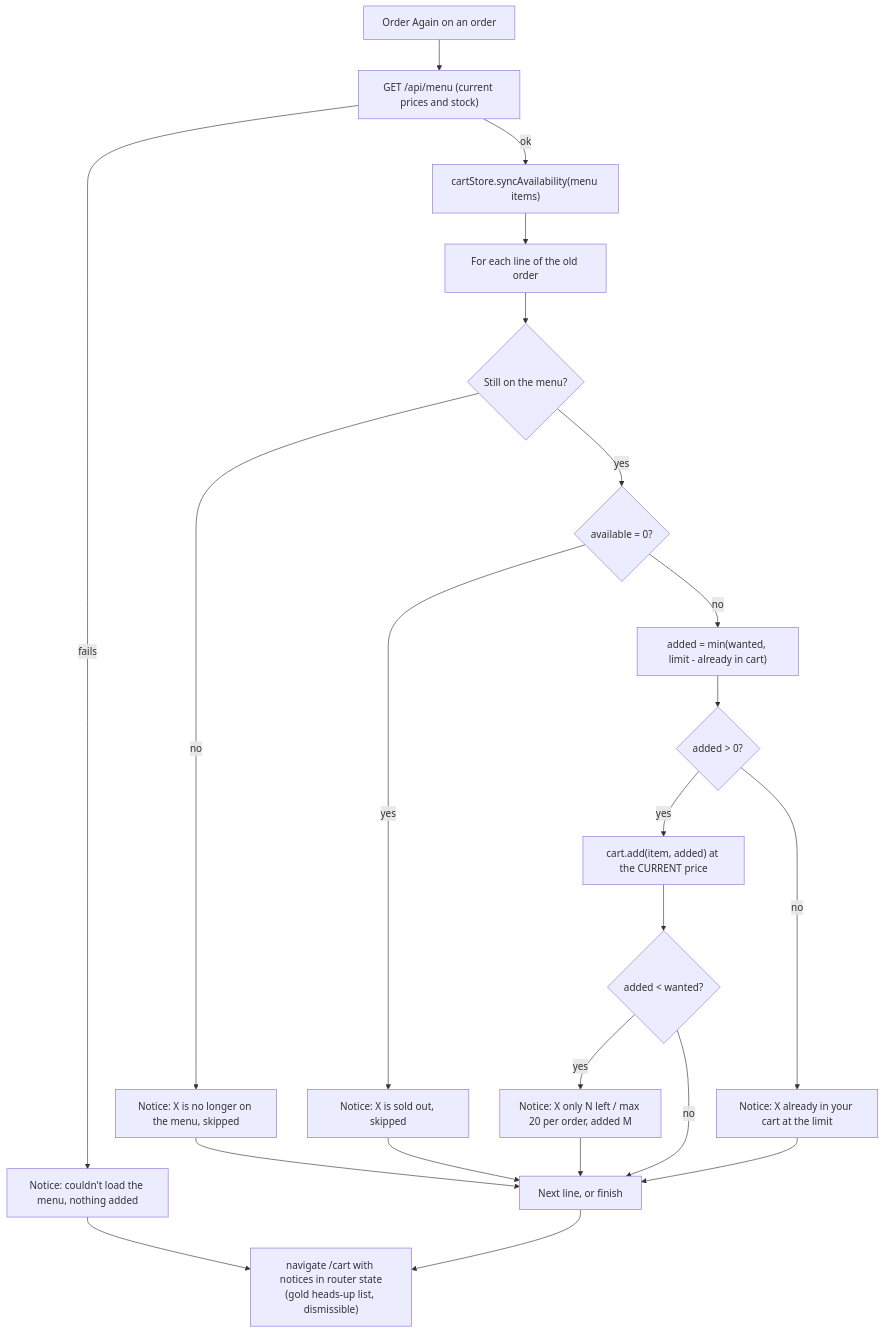
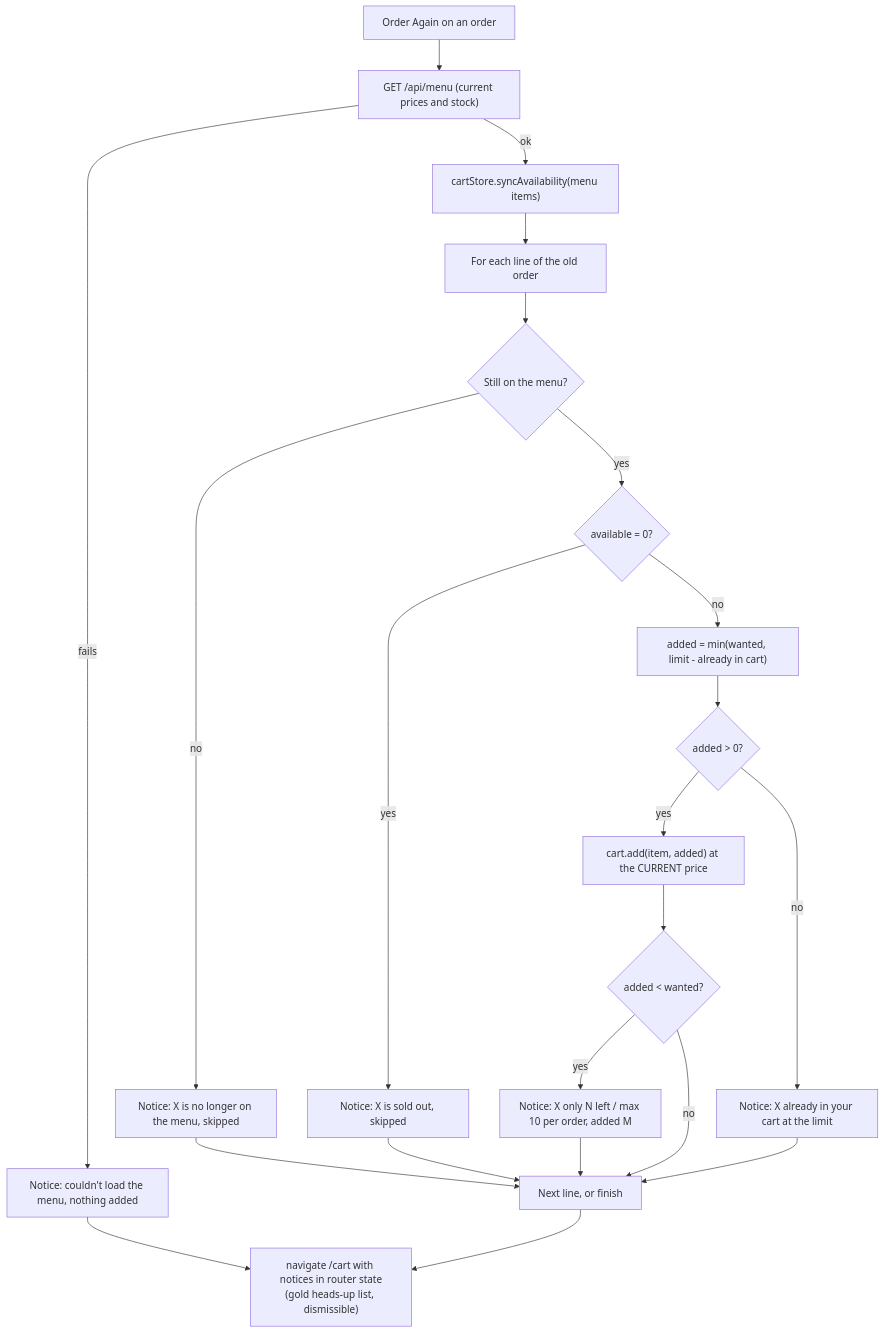
Before and after one commit to The-KhaNha/KhaNha: diagram 19 of 27 in docs/ARCHITECTURE.md, drawn with Mermaid. The commit also changed other lines of this file and 69 other files, not shown here.

````diff
--- a/docs/ARCHITECTURE.md
+++ b/docs/ARCHITECTURE.md
@@ -664,24 +681,24 @@
 ```mermaid
 flowchart TD
   Tap["Order Again on an order"] --> Fetch["GET /api/menu (current prices and stock)"]
   Fetch -->|"fails"| FailNote["Notice: couldn't load the menu, nothing added"]
   Fetch -->|"ok"| Sync["cartStore.syncAvailability(menu items)"]
   Sync --> Each["For each line of the old order"]
   Each --> OnMenu{"Still on the menu?"}
   OnMenu -->|"no"| N1["Notice: X is no longer on the menu, skipped"]
   OnMenu -->|"yes"| Avail{"available = 0?"}
   Avail -->|"yes"| N2["Notice: X is sold out, skipped"]
   Avail -->|"no"| Room["added = min(wanted, limit - already in cart)"]
   Room --> AddIt{"added > 0?"}
   AddIt -->|"yes"| Add["cart.add(item, added) at the CURRENT price"]
   AddIt -->|"no"| N3["Notice: X already in your cart at the limit"]
   Add --> Short{"added < wanted?"}
-  Short -->|"yes"| N4["Notice: X only N left / max 20 per order, added M"]
+  Short -->|"yes"| N4["Notice: X only N left / max 10 per order, added M"]
   Short -->|"no"| Done
   N1 --> Done
   N2 --> Done
   N3 --> Done
   N4 --> Done
   FailNote --> Go
   Done["Next line, or finish"] --> Go["navigate /cart with notices in router state<br/>(gold heads-up list, dismissible)"]
 ```
````
